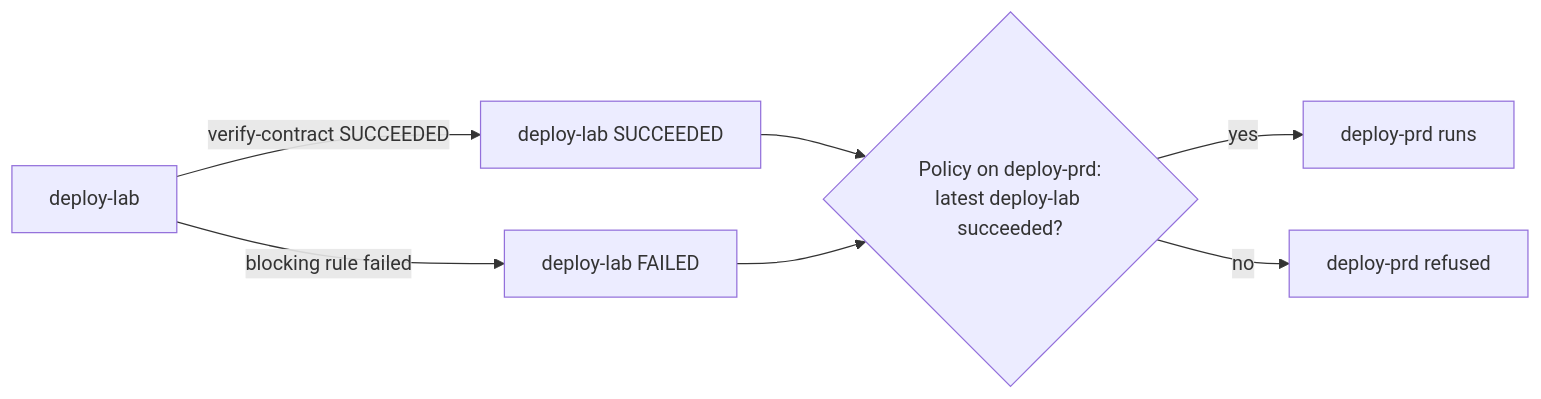
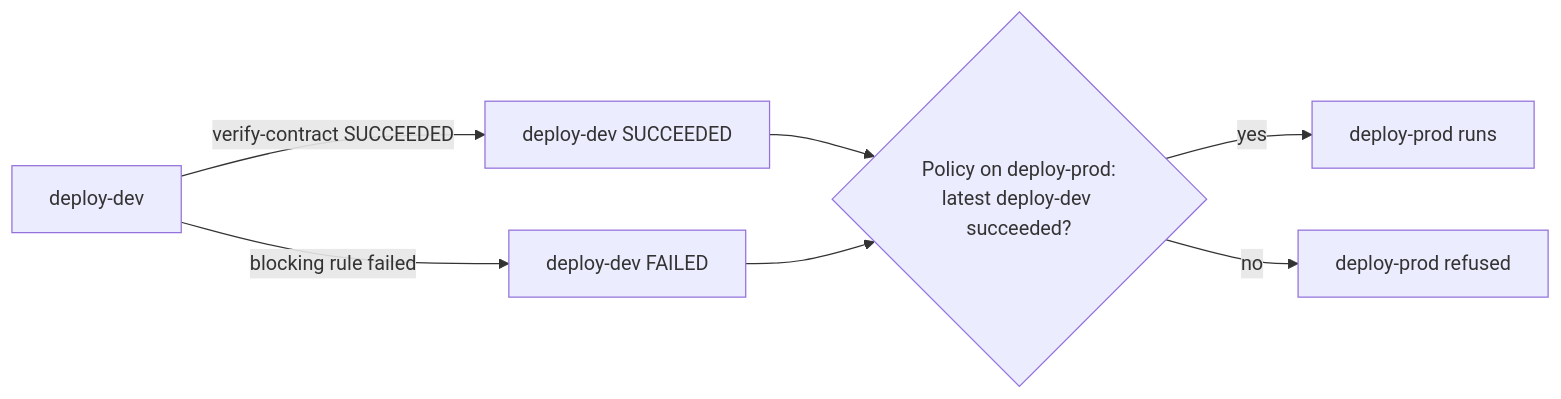
The diagram in docs/reference/devops-setup.md (opendatamesh-initiative/odm-platform-adapter-devops-executor-blindata), drawn with Mermaid before and after one commit. The commit also changed other lines of this file and 20 other files, not shown here.

````diff
--- a/docs/reference/devops-setup.md
+++ b/docs/reference/devops-setup.md
@@ -68,9 +68,9 @@
 ```mermaid
 flowchart LR
-  L[deploy-lab] -->|verify-contract SUCCEEDED| OK[deploy-lab SUCCEEDED]
-  L -->|blocking rule failed| KO[deploy-lab FAILED]
-  OK --> P{Policy on deploy-prd:<br/>latest deploy-lab succeeded?}
+  L[deploy-dev] -->|verify-contract SUCCEEDED| OK[deploy-dev SUCCEEDED]
+  L -->|blocking rule failed| KO[deploy-dev FAILED]
+  OK --> P{Policy on deploy-prod:<br/>latest deploy-dev succeeded?}
   KO --> P
-  P -->|yes| PRD[deploy-prd runs]
-  P -->|no| STOP[deploy-prd refused]
+  P -->|yes| PROD[deploy-prod runs]
+  P -->|no| STOP[deploy-prod refused]
 ```
````
